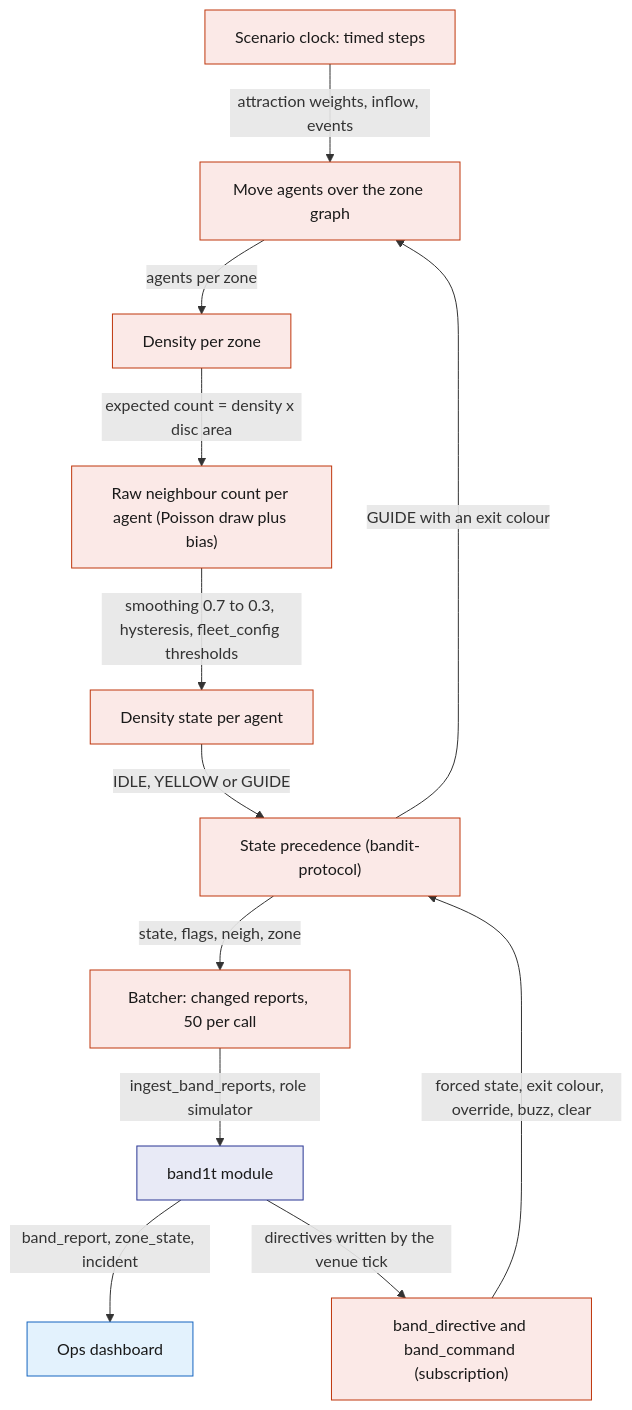
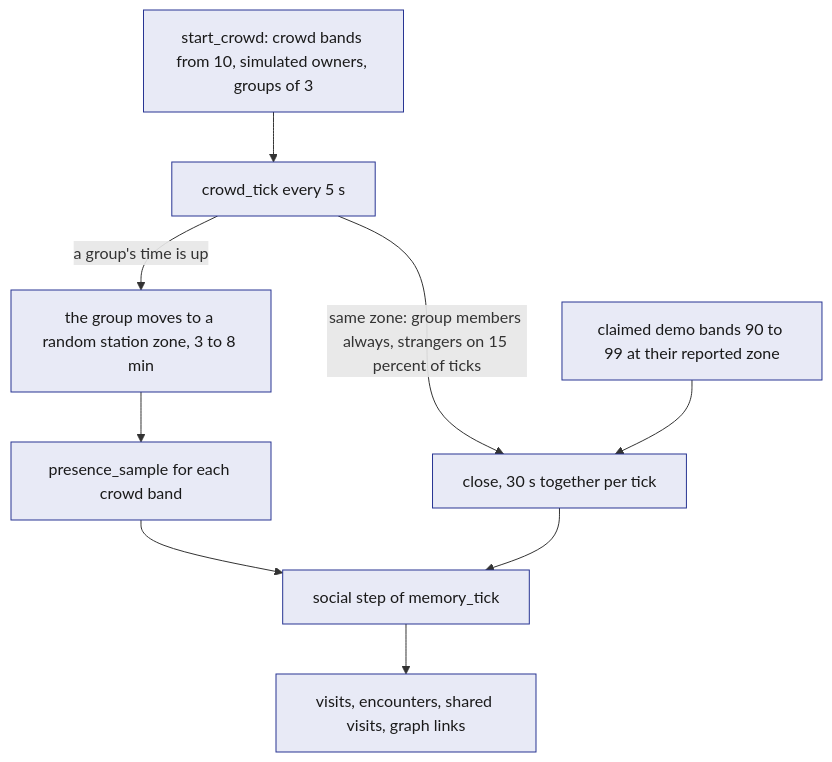
The first of 2 diagrams in System Design/3-services/Simulator.md (viktorinkov/cal-hacks-13), drawn with Mermaid before and after one commit. The commit also changed other lines of this file and 19 other files, not shown here.

````diff
--- a/System Design/3-services/Simulator.md
+++ b/System Design/3-services/Simulator.md
@@ -67,20 +77,13 @@
 ```mermaid
 flowchart TB
-    SC["Scenario clock: timed steps"] -->|"attraction weights, inflow, events"| MV["Move agents over the zone graph"]
-    MV -->|"agents per zone"| DN["Density per zone"]
-    DN -->|"expected count = density x disc area"| NB["Raw neighbour count per agent (Poisson draw plus bias)"]
-    NB -->|"smoothing 0.7 to 0.3, hysteresis, fleet_config thresholds"| DS["Density state per agent"]
-    DIR["band_directive and band_command (subscription)"] -->|"forced state, exit colour, override, buzz, clear"| PR["State precedence (bandit-protocol)"]
-    DS -->|"IDLE, YELLOW or GUIDE"| PR
-    PR -->|"GUIDE with an exit colour"| MV
-    PR -->|"state, flags, neigh, zone"| BT["Batcher: changed reports, 50 per call"]
-    BT -->|"ingest_band_reports, role simulator"| STDB["band1t module"]
-    STDB -->|"band_report, zone_state, incident"| DB["Ops dashboard"]
-    STDB -->|"directives written by the venue tick"| DIR
-    classDef rust fill:#FBE9E7,stroke:#BF360C,color:#1A1A1A
+    SC["start_crowd: crowd bands from 10, simulated owners, groups of 3"] --> CT["crowd_tick every 5 s"]
+    CT -->|"a group's time is up"| MV["the group moves to a random station zone, 3 to 8 min"]
+    MV --> PS["presence_sample for each crowd band"]
+    CT -->|"same zone: group members always, strangers on 15 percent of ticks"| CL["close, 30 s together per tick"]
+    DM["claimed demo bands 90 to 99 at their reported zone"] --> CL
+    PS --> SS["social step of memory_tick"]
+    CL --> SS
+    SS --> OUT["visits, encounters, shared visits, graph links"]
     classDef stdb fill:#E8EAF6,stroke:#283593,color:#1A1A1A
-    classDef web fill:#E3F2FD,stroke:#1565C0,color:#1A1A1A
-    class SC,MV,DN,NB,DS,PR,BT,DIR rust
-    class STDB stdb
-    class DB web
+    class SC,CT,MV,PS,CL,DM,SS,OUT stdb
 ```
````
